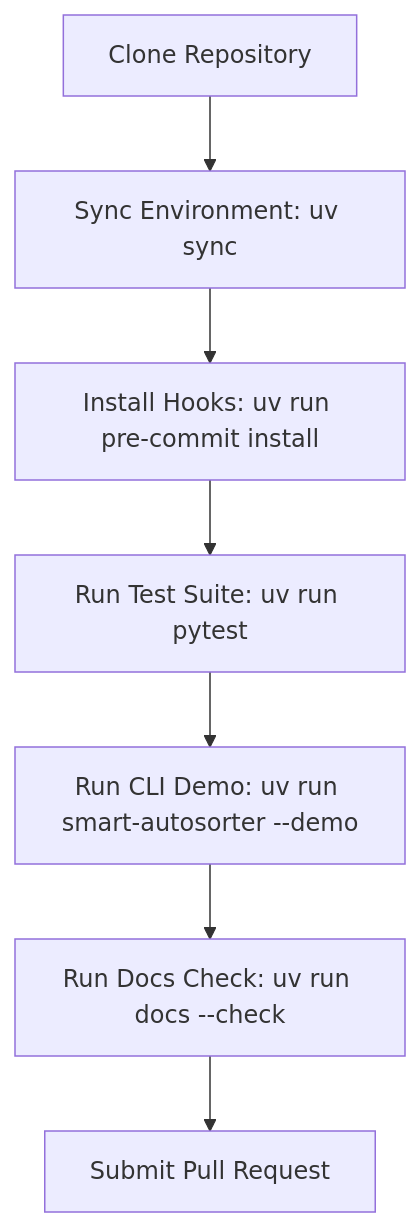
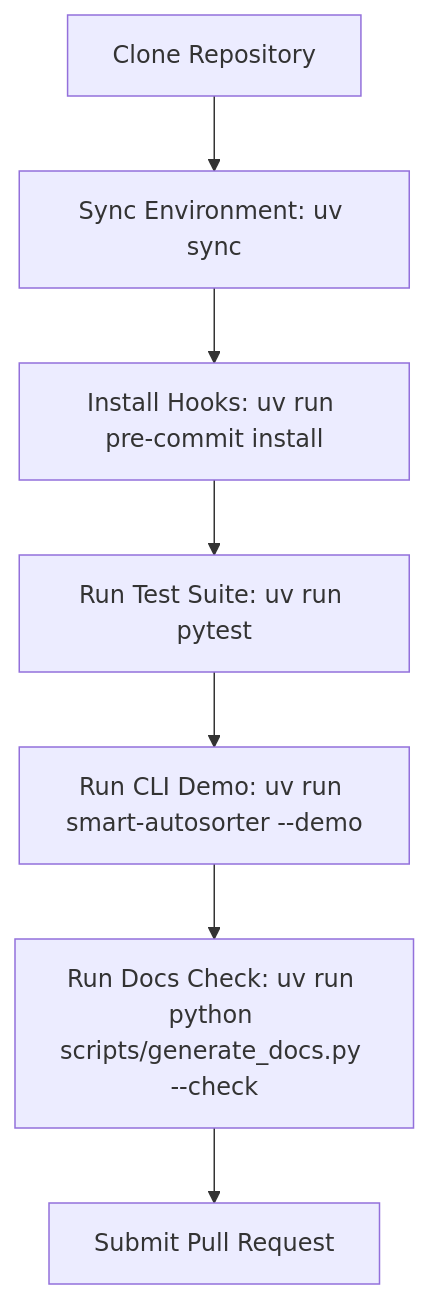
One commit to fderuiter/sortify changed the diagram in docs/assets/diagrams/contributor_onboarding.mmd. Above: the diagram before and after it, drawn with Mermaid. The commit also changed 22 other files, not shown here.

```diff
--- a/docs/assets/diagrams/contributor_onboarding.mmd
+++ b/docs/assets/diagrams/contributor_onboarding.mmd
@@ -1,14 +1,14 @@
 flowchart TD
     A["Clone Repository"]
     B["Sync Environment: uv sync"]
     C["Install Hooks: uv run pre-commit install"]
     D["Run Test Suite: uv run pytest"]
     E["Run CLI Demo: uv run smart-autosorter --demo"]
-    F["Run Docs Check: uv run docs --check"]
+    F["Run Docs Check: uv run python scripts/generate_docs.py --check"]
     G["Submit Pull Request"]
     A --> B
     B --> C
     C --> D
     D --> E
     E --> F
     F --> G
```
